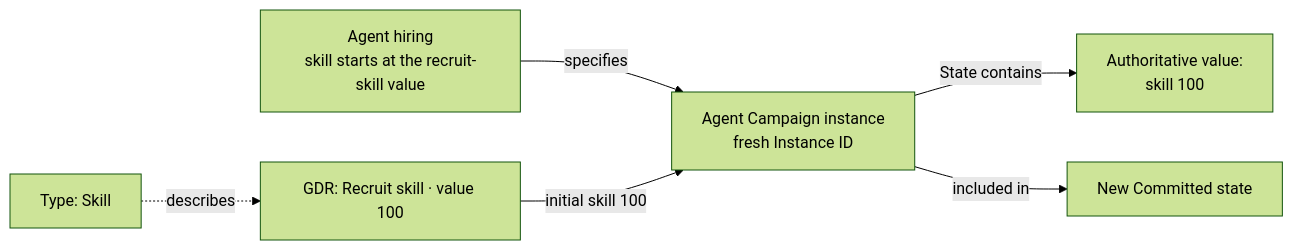
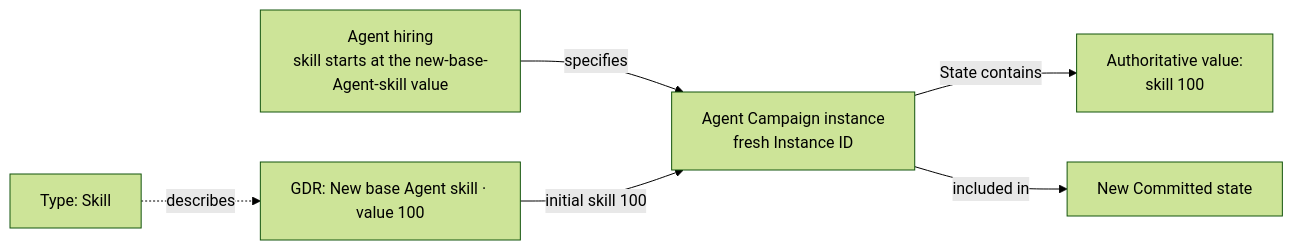
One commit to konrad-jamrozik/game-v5 changed the first of 7 diagrams in docs/specs/design/foundation/game-data-records.md. Above: the diagram before and after it, drawn with Mermaid (forest theme). The commit also changed other lines of this file and 1 other file, not shown here.

First line of the commit message:
Name the hiring example's GDR new_base_agent_skill, not recruit_skill

````diff
--- a/docs/specs/design/foundation/game-data-records.md
+++ b/docs/specs/design/foundation/game-data-records.md
@@ -110,8 +110,8 @@
 ```mermaid
 flowchart LR
-    Type["Type: Skill"] -.->|describes| GDR["GDR: Recruit skill · value 100"]
-    Creation["Agent hiring<br/>skill starts at the recruit-skill value"] -->|specifies| Agent["Agent Campaign instance<br/>fresh Instance ID"]
+    Type["Type: Skill"] -.->|describes| GDR["GDR: New base Agent skill · value 100"]
+    Creation["Agent hiring<br/>skill starts at the new-base-Agent-skill value"] -->|specifies| Agent["Agent Campaign instance<br/>fresh Instance ID"]
     GDR -->|initial skill 100| Agent
     Agent -->|State contains| Skill["Authoritative value:<br/>skill 100"]
     Agent -->|included in| State["New Committed state"]
 ```
````
